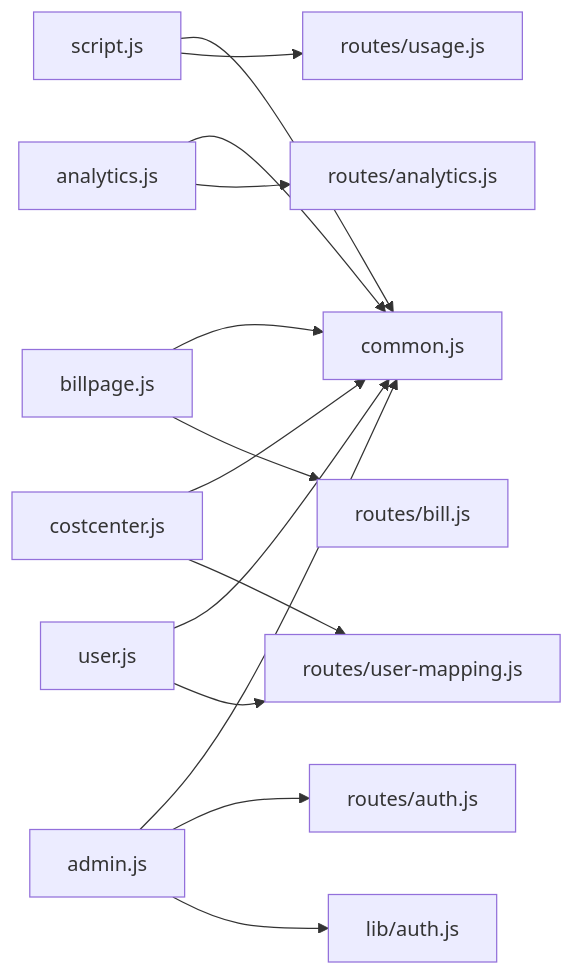
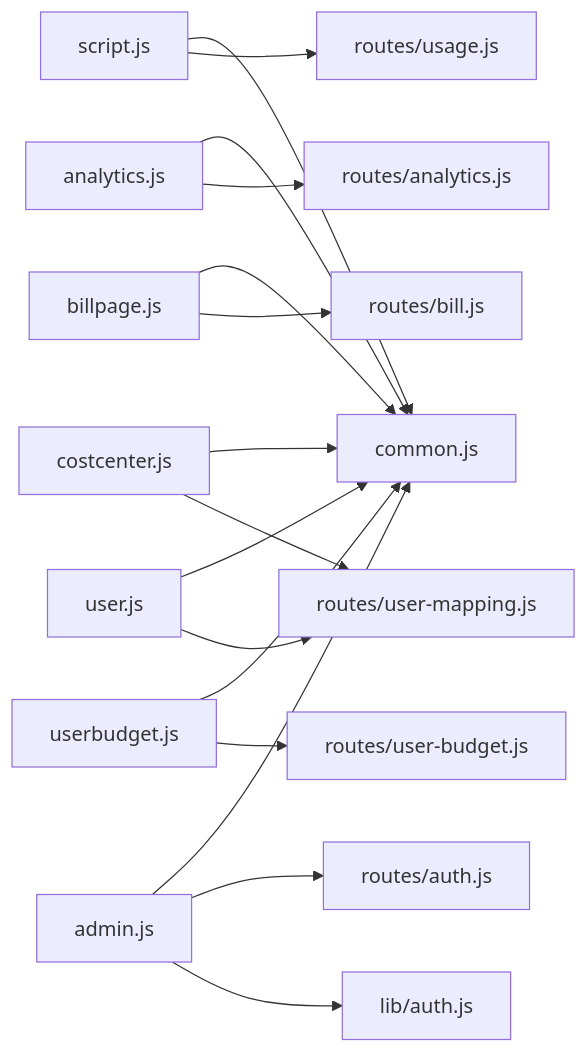
Before and after one commit to kissingwolf/CopilotEnterpriseUsageDisplay: the tenth of 10 diagrams in .qoder/repowiki/zh/content/前端页面/前端页面.md, drawn with Mermaid. The commit also changed other lines of this file and 4 other files, not shown here.

First line of the commit message:
docs(wiki): update repowiki content with user budget system and admin auth modules

````diff
--- a/.qoder/repowiki/zh/content/前端页面/前端页面.md
+++ b/.qoder/repowiki/zh/content/前端页面/前端页面.md
@@ -446,16 +524,18 @@
 ```mermaid
 graph LR
 Script["script.js"] --> Common["common.js"]
 Analytics["analytics.js"] --> Common
 Bill["billpage.js"] --> Common
 Cost["costcenter.js"] --> Common
 User["user.js"] --> Common
+UserBudget["userbudget.js"] --> Common
 Admin["admin.js"] --> Common
 Script --> UsageRoute["routes/usage.js"]
 Analytics --> AnalyticsRoute["routes/analytics.js"]
 Bill --> BillRoute["routes/bill.js"]
 Cost --> UserMappingRoute["routes/user-mapping.js"]
 User --> UserMappingRoute
+UserBudget --> UserBudgetRoute["routes/user-budget.js"]
 Admin --> AuthRoute["routes/auth.js"]
 Admin --> LibAuth["lib/auth.js"]
 ```
````
